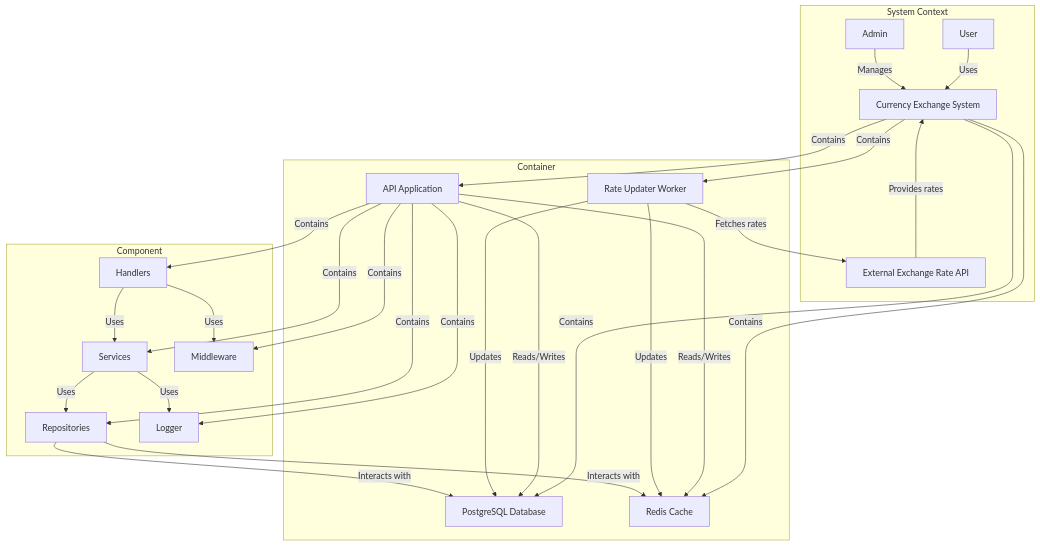
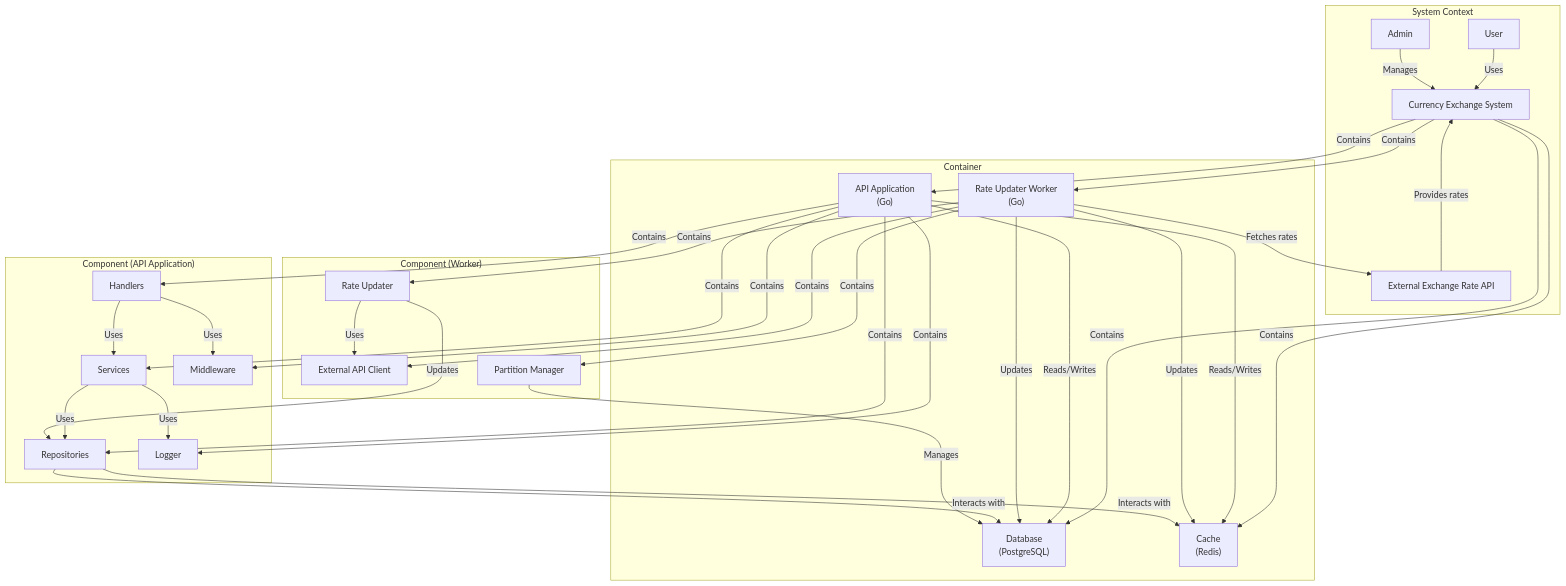
One commit to lutefd/currency-api changed the diagram in docs/c4/c4-model.mermaid. Above: the diagram before and after it, drawn with Mermaid. The commit also changed 3 other files, not shown here.

```diff
--- a/docs/c4/c4-model.mermaid
+++ b/docs/c4/c4-model.mermaid
@@ -1,50 +1,64 @@
 graph TB
     subgraph "System Context"
-        U["User"]
-        A["Admin"]
-        E["External Exchange Rate API"]
+        User["User"]
+        Admin["Admin"]
+        ExternalAPI["External Exchange Rate API"]
         CES["Currency Exchange System"]
     end
 
-    U -->|"Uses"| CES
-    A -->|"Manages"| CES
-    E -->|"Provides rates"| CES
+    User -->|"Uses"| CES
+    Admin -->|"Manages"| CES
+    ExternalAPI -->|"Provides rates"| CES
 
     subgraph "Container"
-        API["API Application"]
-        DB["PostgreSQL Database"]
-        Cache["Redis Cache"]
-        Worker["Rate Updater Worker"]
+        API["API Application\n(Go)"]
+        Worker["Rate Updater Worker\n(Go)"]
+        DB["Database\n(PostgreSQL)"]
+        Cache["Cache\n(Redis)"]
     end
 
     CES -->|"Contains"| API
+    CES -->|"Contains"| Worker
     CES -->|"Contains"| DB
     CES -->|"Contains"| Cache
-    CES -->|"Contains"| Worker
 
     API -->|"Reads/Writes"| DB
     API -->|"Reads/Writes"| Cache
     Worker -->|"Updates"| DB
     Worker -->|"Updates"| Cache
-    Worker -->|"Fetches rates"| E
+    Worker -->|"Fetches rates"| ExternalAPI
 
-    subgraph "Component"
-        H["Handlers"]
-        S["Services"]
-        R["Repositories"]
-        M["Middleware"]
-        L["Logger"]
+    subgraph "Component (API Application)"
+        Handlers["Handlers"]
+        Services["Services"]
+        Repositories["Repositories"]
+        Middleware["Middleware"]
+        Logger["Logger"]
     end
 
-    API -->|"Contains"| H
-    API -->|"Contains"| S
-    API -->|"Contains"| R
-    API -->|"Contains"| M
-    API -->|"Contains"| L
+    API -->|"Contains"| Handlers
+    API -->|"Contains"| Services
+    API -->|"Contains"| Repositories
+    API -->|"Contains"| Middleware
+    API -->|"Contains"| Logger
 
-    H -->|"Uses"| S
-    S -->|"Uses"| R
-    H -->|"Uses"| M
-    S -->|"Uses"| L
-    R -->|"Interacts with"| DB
-    R -->|"Interacts with"| Cache
+    Handlers -->|"Uses"| Services
+    Services -->|"Uses"| Repositories
+    Handlers -->|"Uses"| Middleware
+    Services -->|"Uses"| Logger
+    Repositories -->|"Interacts with"| DB
+    Repositories -->|"Interacts with"| Cache
+
+    subgraph "Component (Worker)"
+        RateUpdater["Rate Updater"]
+        ExternalClient["External API Client"]
+        PartitionManager["Partition Manager"]
+    end
+
+    Worker -->|"Contains"| RateUpdater
+    Worker -->|"Contains"| ExternalClient
+    Worker -->|"Contains"| PartitionManager
+
+    RateUpdater -->|"Uses"| ExternalClient
+    RateUpdater -->|"Updates"| Repositories
+    PartitionManager -->|"Manages"| DB
```
